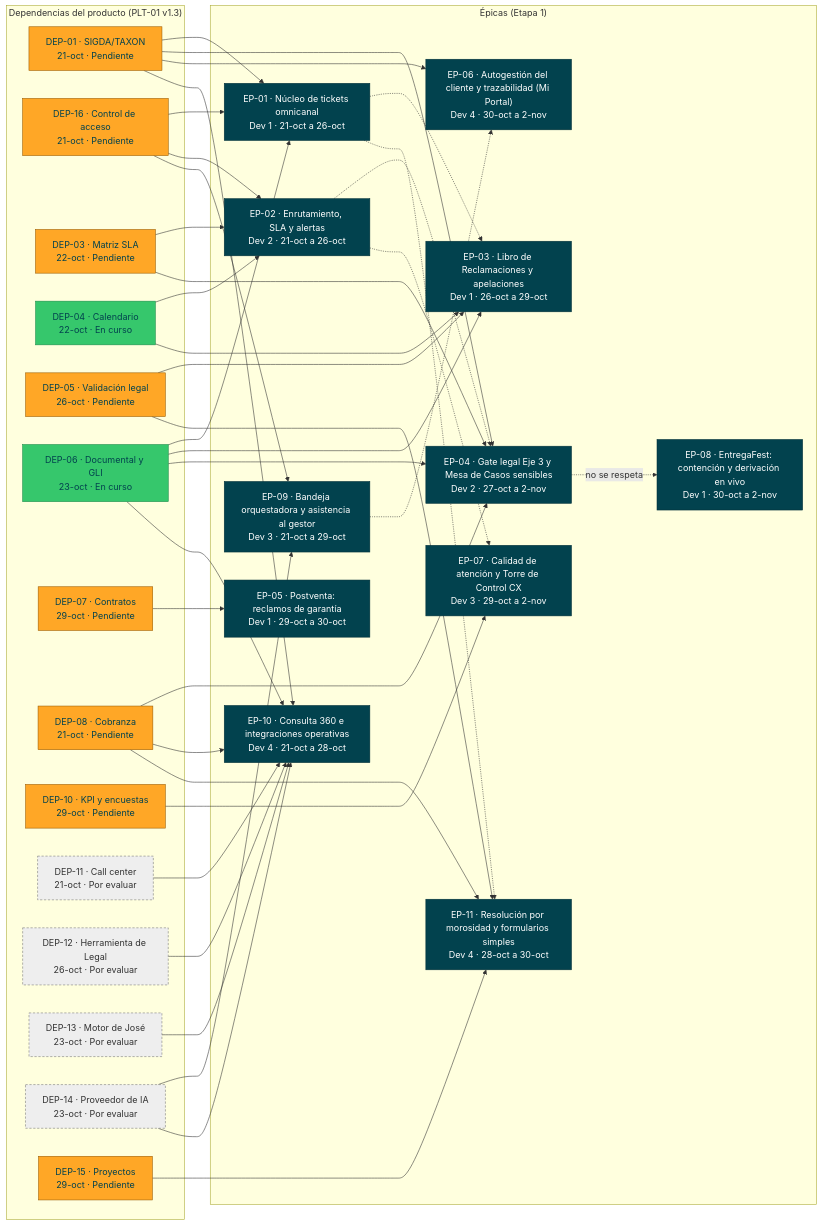
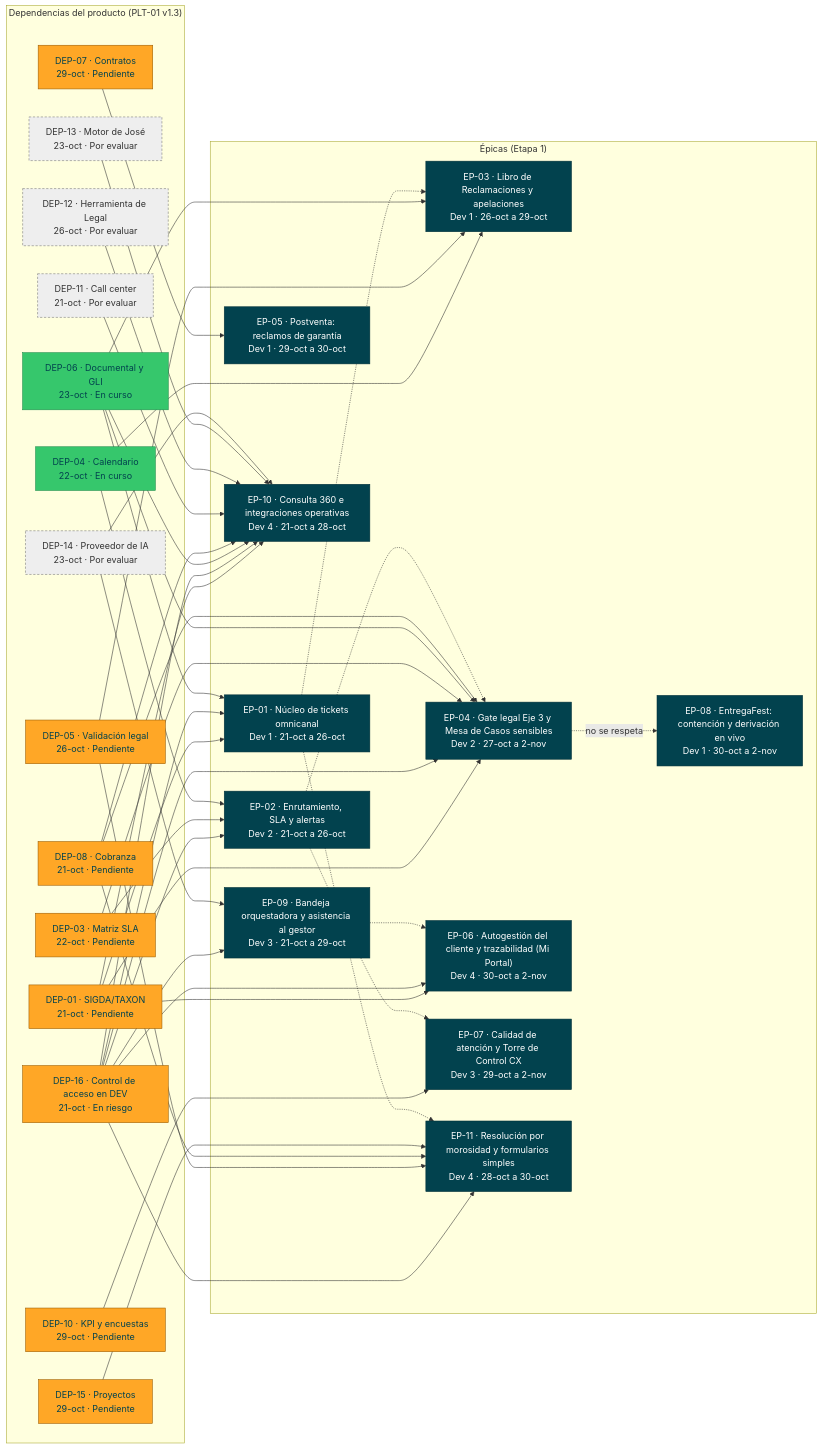
One commit to michel-poma-huachihuaco/tyc-mockup changed the diagram in propuesta-po/documentacion/paquete-definir-etapa1-v1.3/roadmap/dependencias.mmd. Above: the diagram before and after it, drawn with Mermaid. The commit also changed 124 other files, not shown here.

```diff
--- a/propuesta-po/documentacion/paquete-definir-etapa1-v1.3/roadmap/dependencias.mmd
+++ b/propuesta-po/documentacion/paquete-definir-etapa1-v1.3/roadmap/dependencias.mmd
@@ -1,83 +1,88 @@
 flowchart LR
   subgraph Deps["Dependencias del producto (PLT-01 v1.3)"]
     DEP01["DEP-01 · SIGDA/TAXON<br/>21-oct · Pendiente"]
-    DEP16["DEP-16 · Control de acceso<br/>21-oct · Pendiente"]
+    DEP16["DEP-16 · Control de acceso en DEV<br/>21-oct · En riesgo"]
     DEP03["DEP-03 · Matriz SLA<br/>22-oct · Pendiente"]
     DEP04["DEP-04 · Calendario<br/>22-oct · En curso"]
     DEP05["DEP-05 · Validación legal<br/>26-oct · Pendiente"]
     DEP06["DEP-06 · Documental y GLI<br/>23-oct · En curso"]
     DEP07["DEP-07 · Contratos<br/>29-oct · Pendiente"]
     DEP08["DEP-08 · Cobranza<br/>21-oct · Pendiente"]
     DEP10["DEP-10 · KPI y encuestas<br/>29-oct · Pendiente"]
     DEP11["DEP-11 · Call center<br/>21-oct · Por evaluar"]
     DEP12["DEP-12 · Herramienta de Legal<br/>26-oct · Por evaluar"]
     DEP13["DEP-13 · Motor de José<br/>23-oct · Por evaluar"]
     DEP14["DEP-14 · Proveedor de IA<br/>23-oct · Por evaluar"]
     DEP15["DEP-15 · Proyectos<br/>29-oct · Pendiente"]
   end
   subgraph Epicas["Épicas (Etapa 1)"]
     EPATC01["EP-01 · Núcleo de tickets omnicanal<br/>Dev 1 · 21-oct a 26-oct"]
     EPATC02["EP-02 · Enrutamiento, SLA y alertas<br/>Dev 2 · 21-oct a 26-oct"]
     EPATC03["EP-03 · Libro de Reclamaciones y apelaciones<br/>Dev 1 · 26-oct a 29-oct"]
     EPATC04["EP-04 · Gate legal Eje 3 y Mesa de Casos sensibles<br/>Dev 2 · 27-oct a 2-nov"]
     EPATC05["EP-05 · Postventa: reclamos de garantía<br/>Dev 1 · 29-oct a 30-oct"]
     EPATC06["EP-06 · Autogestión del cliente y trazabilidad (Mi Portal)<br/>Dev 4 · 30-oct a 2-nov"]
     EPATC07["EP-07 · Calidad de atención y Torre de Control CX<br/>Dev 3 · 29-oct a 2-nov"]
     EPATC08["EP-08 · EntregaFest: contención y derivación en vivo<br/>Dev 1 · 30-oct a 2-nov"]
     EPATC09["EP-09 · Bandeja orquestadora y asistencia al gestor<br/>Dev 3 · 21-oct a 29-oct"]
     EPATC10["EP-10 · Consulta 360 e integraciones operativas<br/>Dev 4 · 21-oct a 28-oct"]
     EPATC11["EP-11 · Resolución por morosidad y formularios simples<br/>Dev 4 · 28-oct a 30-oct"]
   end
   DEP01 --> EPATC01
   DEP01 --> EPATC04
   DEP01 --> EPATC06
   DEP01 --> EPATC10
   DEP16 --> EPATC01
   DEP16 --> EPATC02
   DEP16 --> EPATC09
+  DEP16 --> EPATC04
+  DEP16 --> EPATC06
+  DEP16 --> EPATC10
+  DEP16 --> EPATC11
   DEP03 --> EPATC02
   DEP03 --> EPATC04
   DEP04 --> EPATC02
   DEP04 --> EPATC03
   DEP05 --> EPATC03
   DEP05 --> EPATC11
   DEP06 --> EPATC01
   DEP06 --> EPATC03
   DEP06 --> EPATC04
   DEP06 --> EPATC10
   DEP07 --> EPATC05
   DEP08 --> EPATC04
   DEP08 --> EPATC10
   DEP08 --> EPATC11
   DEP10 --> EPATC07
   DEP11 --> EPATC10
   DEP12 --> EPATC10
   DEP13 --> EPATC10
   DEP14 --> EPATC09
   DEP14 --> EPATC10
   DEP15 --> EPATC11
   EPATC01 -..-> EPATC03
   EPATC01 -..-> EPATC11
   EPATC02 -..-> EPATC04
   EPATC02 -..-> EPATC07
   EPATC09 -..-> EPATC06
   EPATC04 -. no se respeta .-> EPATC08
   classDef pend fill:#FFA726,stroke:#9A5B00,color:#02424E
   classDef curso fill:#36C76C,stroke:#1B8A4A,color:#02424E
   classDef eval fill:#EEEEEE,stroke:#777,color:#333,stroke-dasharray:4 3
   classDef ep fill:#02424E,stroke:#012F38,color:#FFFFFF
   class DEP01 pend
   class DEP16 pend
   class DEP03 pend
   class DEP04 curso
   class DEP05 pend
   class DEP06 curso
   class DEP07 pend
   class DEP08 pend
   class DEP10 pend
   class DEP11 eval
   class DEP12 eval
   class DEP13 eval
   class DEP14 eval
   class DEP15 pend
   class EPATC01,EPATC02,EPATC03,EPATC04,EPATC05,EPATC06,EPATC07,EPATC08,EPATC09,EPATC10,EPATC11 ep
+%% 0.4 · 2026-10-26 · Brayan Hurtado, con IA (Claude) · DEP-16 «en riesgo» y sus épicas desde las 23 HU que la tienen (C-12). — Revisado por: (pendiente)
```
